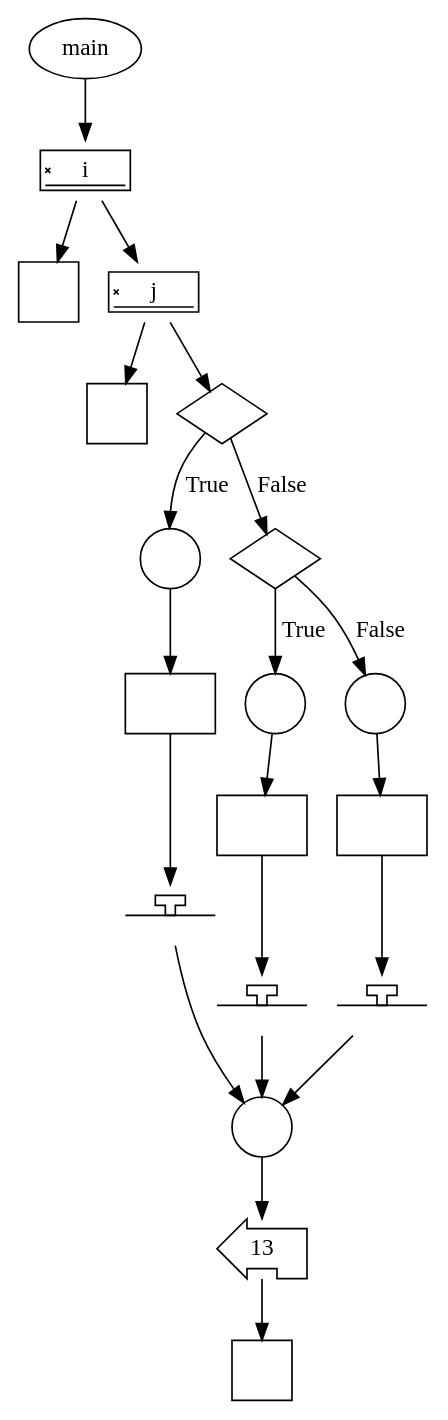
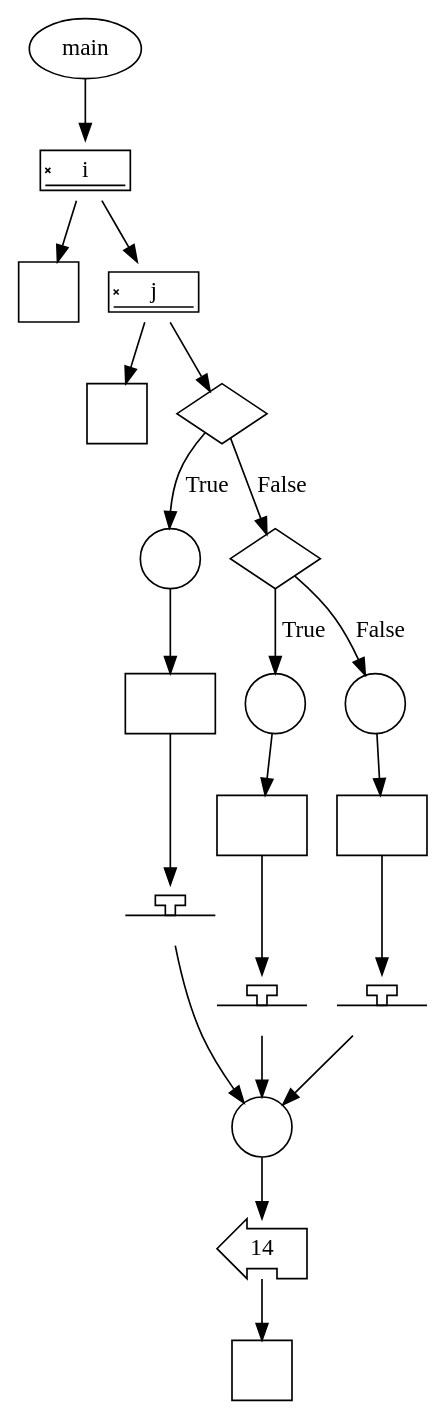
Before and after one commit to gakkungithub/rpg-aquatan-C: the diagram in data/ifstatement/ifstatement.dot, drawn with Graphviz. The commit also changed 11 other files, not shown here.

```diff
--- a/data/ifstatement/ifstatement.dot
+++ b/data/ifstatement/ifstatement.dot
@@ -1,127 +1,127 @@
 digraph {
 	graph [bb="0,0,243,832"];
 	node [label="\N"];
-	"7bb1775f-007c-4da9-bce4-c0f133bb7555"	[height=0.5,
+	"7836a3aa-063a-465f-9f6c-f2055acea147"	[height=0.5,
 		label=main,
 		pos="30,814",
 		shape=ellipse,
 		width=0.82932];
-	"8ba4bf45-3893-4aad-a12a-a8213f247881"	[height=0.5,
+	"6bf6a9ab-b122-4fb0-9078-70c0c225df63"	[height=0.5,
 		label=i,
 		pos="30,741",
 		shape=signature,
 		width=0.75];
-	"7bb1775f-007c-4da9-bce4-c0f133bb7555" -> "8ba4bf45-3893-4aad-a12a-a8213f247881"	[pos="e,30,759.03 30,795.81 30,788.23 30,779.1 30,770.54"];
-	"9dd492e3-2ebf-44ac-92b4-38bc4012a8ed"	[height=0.5,
+	"7836a3aa-063a-465f-9f6c-f2055acea147" -> "6bf6a9ab-b122-4fb0-9078-70c0c225df63"	[pos="e,30,759.03 30,795.81 30,788.23 30,779.1 30,770.54"];
+	"047086c6-af61-443b-bbf2-a7cf478f88bf"	[height=0.5,
 		label="",
 		pos="18,668",
 		shape=square,
 		width=0.5];
-	"8ba4bf45-3893-4aad-a12a-a8213f247881" -> "9dd492e3-2ebf-44ac-92b4-38bc4012a8ed"	[pos="e,20.878,686.03 27.095,722.81 25.798,715.14 24.235,705.89 22.774,697.24"];
-	"9b5f83bb-0b79-4ce8-8ad1-ee584918b471"	[height=0.5,
+	"6bf6a9ab-b122-4fb0-9078-70c0c225df63" -> "047086c6-af61-443b-bbf2-a7cf478f88bf"	[pos="e,20.878,686.03 27.095,722.81 25.798,715.14 24.235,705.89 22.774,697.24"];
+	"b3f6eb72-4353-4aeb-8147-889c7b94ed85"	[height=0.5,
 		label=j,
 		pos="81,668",
 		shape=signature,
 		width=0.75];
-	"8ba4bf45-3893-4aad-a12a-a8213f247881" -> "9b5f83bb-0b79-4ce8-8ad1-ee584918b471"	[pos="e,68.768,686.03 42.346,722.81 48.297,714.53 55.564,704.41 62.185,695.19"];
-	"91a39285-b8b8-4401-ac7f-0284dca2e2f1"	[height=0.5,
+	"6bf6a9ab-b122-4fb0-9078-70c0c225df63" -> "b3f6eb72-4353-4aeb-8147-889c7b94ed85"	[pos="e,68.768,686.03 42.346,722.81 48.297,714.53 55.564,704.41 62.185,695.19"];
+	"434c2e65-02e5-43fc-81e4-008aa5283c91"	[height=0.5,
 		label="",
 		pos="59,595",
 		shape=square,
 		width=0.5];
-	"9b5f83bb-0b79-4ce8-8ad1-ee584918b471" -> "91a39285-b8b8-4401-ac7f-0284dca2e2f1"	[pos="e,64.277,613.03 75.674,649.81 73.269,642.05 70.366,632.68 67.661,623.95"];
-	"1fe1326e-c836-45fb-98bb-e97672fc2e4d"	[height=0.5,
+	"b3f6eb72-4353-4aeb-8147-889c7b94ed85" -> "434c2e65-02e5-43fc-81e4-008aa5283c91"	[pos="e,64.277,613.03 75.674,649.81 73.269,642.05 70.366,632.68 67.661,623.95"];
+	"c8576f7f-f685-43ac-bb0f-6b967a27ffca"	[height=0.5,
 		label="",
 		pos="122,595",
 		shape=diamond,
 		width=0.75];
-	"9b5f83bb-0b79-4ce8-8ad1-ee584918b471" -> "1fe1326e-c836-45fb-98bb-e97672fc2e4d"	[pos="e,114.86,608.36 90.925,649.81 96.413,640.31 103.29,628.39 109.18,618.19"];
-	"a91a89cb-8550-485a-b4fe-7d1e43183f18"	[height=0.5,
+	"b3f6eb72-4353-4aeb-8147-889c7b94ed85" -> "c8576f7f-f685-43ac-bb0f-6b967a27ffca"	[pos="e,114.86,608.36 90.925,649.81 96.413,640.31 103.29,628.39 109.18,618.19"];
+	"a9efb247-4bb6-435a-a0b8-b67b9643400e"	[height=0.5,
 		label="",
 		pos="89,506.5",
 		shape=circle,
 		width=0.5];
-	"1fe1326e-c836-45fb-98bb-e97672fc2e4d" -> "a91a89cb-8550-485a-b4fe-7d1e43183f18"	[label=True,
+	"c8576f7f-f685-43ac-bb0f-6b967a27ffca" -> "a9efb247-4bb6-435a-a0b8-b67b9643400e"	[label=True,
 		lp="117.25,550.75",
 		pos="e,93.313,524.45 114.98,581.28 111.54,574.74 107.51,566.58 104.5,559 101.53,551.51 98.794,543.21 96.481,535.51"];
-	"b7bcac6a-40f2-4d3f-ba95-6de8c47612ce"	[height=0.5,
+	"fda0e702-a71e-4a27-a872-e253e7f54ce1"	[height=0.5,
 		label="",
 		pos="152,506.5",
 		shape=diamond,
 		width=0.75];
-	"1fe1326e-c836-45fb-98bb-e97672fc2e4d" -> "b7bcac6a-40f2-4d3f-ba95-6de8c47612ce"	[label=False,
+	"c8576f7f-f685-43ac-bb0f-6b967a27ffca" -> "fda0e702-a71e-4a27-a872-e253e7f54ce1"	[label=False,
 		lp="153.94,550.75",
 		pos="e,147.14,521.52 126.95,579.72 131.41,566.87 138.05,547.71 143.38,532.35"];
-	"6f07b7e1-2047-4dc6-b28d-08f2283f24b2"	[height=0.5,
+	"39f37101-5a03-45ce-9ebc-ef5db0edf1ac"	[height=0.5,
 		label="",
 		pos="89,418",
 		shape=rect,
 		width=0.75];
-	"a91a89cb-8550-485a-b4fe-7d1e43183f18" -> "6f07b7e1-2047-4dc6-b28d-08f2283f24b2"	[pos="e,89,436.35 89,488.41 89,476.76 89,461.05 89,447.52"];
-	"1f05fe38-2acf-43cb-9ce7-53ddffe14062"	[height=0.5,
+	"a9efb247-4bb6-435a-a0b8-b67b9643400e" -> "39f37101-5a03-45ce-9ebc-ef5db0edf1ac"	[pos="e,89,436.35 89,488.41 89,476.76 89,461.05 89,447.52"];
+	"05e11546-9720-4567-bf16-be43e746f077"	[height=0.5,
 		label="",
 		pos="89,291",
 		shape=terminator,
 		width=0.75];
-	"6f07b7e1-2047-4dc6-b28d-08f2283f24b2" -> "1f05fe38-2acf-43cb-9ce7-53ddffe14062"	[pos="e,89,309.23 89,399.62 89,379.19 89,344.99 89,320.62"];
-	"1afcef75-9e14-4330-9590-0f22d569c578"	[height=0.5,
+	"39f37101-5a03-45ce-9ebc-ef5db0edf1ac" -> "05e11546-9720-4567-bf16-be43e746f077"	[pos="e,89,309.23 89,399.62 89,379.19 89,344.99 89,320.62"];
+	"84ec7126-0e60-45e2-90ca-a574b649d48a"	[height=0.5,
 		label="",
 		pos="144,164",
 		shape=circle,
 		width=0.5];
-	"1f05fe38-2acf-43cb-9ce7-53ddffe14062" -> "1afcef75-9e14-4330-9590-0f22d569c578"	[pos="e,133.2,178.48 92.018,272.53 94.945,257.82 100.11,236.44 108,219 112.91,208.14 119.91,197.04 126.43,187.75"];
-	"82592370-e176-498c-bf24-8e853bf2415c"	[height=0.5,
+	"05e11546-9720-4567-bf16-be43e746f077" -> "84ec7126-0e60-45e2-90ca-a574b649d48a"	[pos="e,133.2,178.48 92.018,272.53 94.945,257.82 100.11,236.44 108,219 112.91,208.14 119.91,197.04 126.43,187.75"];
+	"f149a261-9d65-4210-829f-51ee04a266fa"	[height=0.5,
 		label="",
 		pos="152,418",
 		shape=circle,
 		width=0.5];
-	"b7bcac6a-40f2-4d3f-ba95-6de8c47612ce" -> "82592370-e176-498c-bf24-8e853bf2415c"	[label=True,
+	"fda0e702-a71e-4a27-a872-e253e7f54ce1" -> "f149a261-9d65-4210-829f-51ee04a266fa"	[label=True,
 		lp="164.75,462.25",
 		pos="e,152,436.48 152,488 152,476.51 152,461.2 152,447.93"];
-	"908e8d23-fd9a-415c-8127-2f71342130db"	[height=0.5,
+	"6f3e486d-3a6e-4897-b9a1-9c795da1cf99"	[height=0.5,
 		label="",
 		pos="211,418",
 		shape=circle,
 		width=0.5];
-	"b7bcac6a-40f2-4d3f-ba95-6de8c47612ce" -> "908e8d23-fd9a-415c-8127-2f71342130db"	[label=False,
+	"fda0e702-a71e-4a27-a872-e253e7f54ce1" -> "6f3e486d-3a6e-4897-b9a1-9c795da1cf99"	[label=False,
 		lp="205.06,462.25",
 		pos="e,202.97,434.28 161.89,494.52 167.74,487.8 175.13,478.91 181,470.5 186.81,462.18 192.58,452.67 197.48,444.11"];
-	"ecbc8261-b0cc-4913-9380-7ff3aa2b5460"	[height=0.5,
+	"903c0e7a-8cba-481a-9a79-5729461159ac"	[height=0.5,
 		label="",
 		pos="144,345",
 		shape=rect,
 		width=0.75];
-	"82592370-e176-498c-bf24-8e853bf2415c" -> "ecbc8261-b0cc-4913-9380-7ff3aa2b5460"	[pos="e,145.92,363.03 150.06,399.81 149.2,392.14 148.16,382.89 147.18,374.24"];
-	"384dd053-876a-4aae-88f1-b0c897afa096"	[height=0.5,
+	"f149a261-9d65-4210-829f-51ee04a266fa" -> "903c0e7a-8cba-481a-9a79-5729461159ac"	[pos="e,145.92,363.03 150.06,399.81 149.2,392.14 148.16,382.89 147.18,374.24"];
+	"0e9e256b-4400-40cb-9a3c-cd2a3594002a"	[height=0.5,
 		label="",
 		pos="144,237",
 		shape=terminator,
 		width=0.75];
-	"ecbc8261-b0cc-4913-9380-7ff3aa2b5460" -> "384dd053-876a-4aae-88f1-b0c897afa096"	[pos="e,144,255.34 144,326.97 144,310.76 144,286.06 144,266.79"];
-	"384dd053-876a-4aae-88f1-b0c897afa096" -> "1afcef75-9e14-4330-9590-0f22d569c578"	[pos="e,144,182.03 144,218.81 144,211.23 144,202.1 144,193.54"];
-	"2bdcfda9-48eb-4bcf-8507-144ae8b12cb1"	[height=0.5,
+	"903c0e7a-8cba-481a-9a79-5729461159ac" -> "0e9e256b-4400-40cb-9a3c-cd2a3594002a"	[pos="e,144,255.34 144,326.97 144,310.76 144,286.06 144,266.79"];
+	"0e9e256b-4400-40cb-9a3c-cd2a3594002a" -> "84ec7126-0e60-45e2-90ca-a574b649d48a"	[pos="e,144,182.03 144,218.81 144,211.23 144,202.1 144,193.54"];
+	"bac7be88-227e-469c-9860-5d72aeba24c1"	[height=0.5,
 		label="",
 		pos="216,345",
 		shape=rect,
 		width=0.75];
-	"908e8d23-fd9a-415c-8127-2f71342130db" -> "2bdcfda9-48eb-4bcf-8507-144ae8b12cb1"	[pos="e,214.8,363.03 212.21,399.81 212.75,392.14 213.4,382.89 214.01,374.24"];
-	"0a596f2a-9edf-42fb-b888-7ba303dccd63"	[height=0.5,
+	"6f3e486d-3a6e-4897-b9a1-9c795da1cf99" -> "bac7be88-227e-469c-9860-5d72aeba24c1"	[pos="e,214.8,363.03 212.21,399.81 212.75,392.14 213.4,382.89 214.01,374.24"];
+	"55390c94-8f21-4479-b9dd-ccdd91ece02e"	[height=0.5,
 		label="",
 		pos="216,237",
 		shape=terminator,
 		width=0.75];
-	"2bdcfda9-48eb-4bcf-8507-144ae8b12cb1" -> "0a596f2a-9edf-42fb-b888-7ba303dccd63"	[pos="e,216,255.34 216,326.97 216,310.76 216,286.06 216,266.79"];
-	"0a596f2a-9edf-42fb-b888-7ba303dccd63" -> "1afcef75-9e14-4330-9590-0f22d569c578"	[pos="e,156.53,177.36 198.57,218.81 188.32,208.71 175.32,195.88 164.57,185.28"];
-	"d0b29933-080a-4f52-b5d1-2d62b30d5f6a"	[height=0.5,
-		label=13,
+	"bac7be88-227e-469c-9860-5d72aeba24c1" -> "55390c94-8f21-4479-b9dd-ccdd91ece02e"	[pos="e,216,255.34 216,326.97 216,310.76 216,286.06 216,266.79"];
+	"55390c94-8f21-4479-b9dd-ccdd91ece02e" -> "84ec7126-0e60-45e2-90ca-a574b649d48a"	[pos="e,156.53,177.36 198.57,218.81 188.32,208.71 175.32,195.88 164.57,185.28"];
+	"2d6a8fdc-f9ce-451b-a34e-0653ec10231a"	[height=0.5,
+		label=14,
 		pos="144,91",
 		shape=lpromoter,
 		width=0.75];
-	"1afcef75-9e14-4330-9590-0f22d569c578" -> "d0b29933-080a-4f52-b5d1-2d62b30d5f6a"	[pos="e,144,109.03 144,145.81 144,138.23 144,129.1 144,120.54"];
-	"44d09e6e-4e7e-42b1-9098-cf1fc5417966"	[height=0.5,
+	"84ec7126-0e60-45e2-90ca-a574b649d48a" -> "2d6a8fdc-f9ce-451b-a34e-0653ec10231a"	[pos="e,144,109.03 144,145.81 144,138.23 144,129.1 144,120.54"];
+	"a93db1f5-8243-494a-80c8-ee11de53a76d"	[height=0.5,
 		label="",
 		pos="144,18",
 		shape=square,
 		width=0.5];
-	"d0b29933-080a-4f52-b5d1-2d62b30d5f6a" -> "44d09e6e-4e7e-42b1-9098-cf1fc5417966"	[pos="e,144,36.029 144,72.813 144,65.226 144,56.101 144,47.539"];
+	"2d6a8fdc-f9ce-451b-a34e-0653ec10231a" -> "a93db1f5-8243-494a-80c8-ee11de53a76d"	[pos="e,144,36.029 144,72.813 144,65.226 144,56.101 144,47.539"];
 }
```
